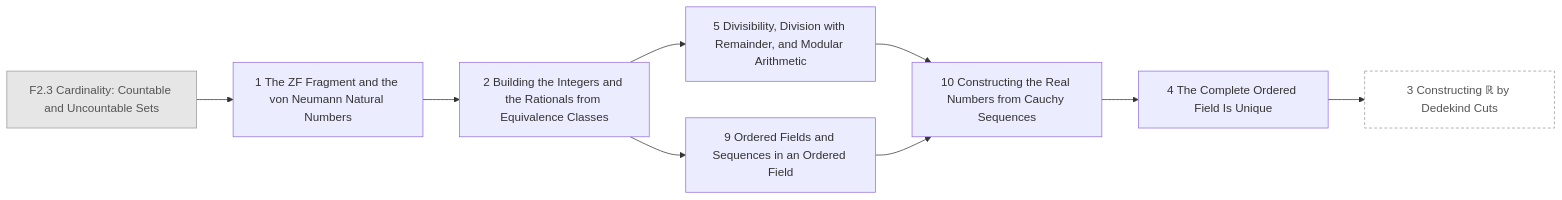
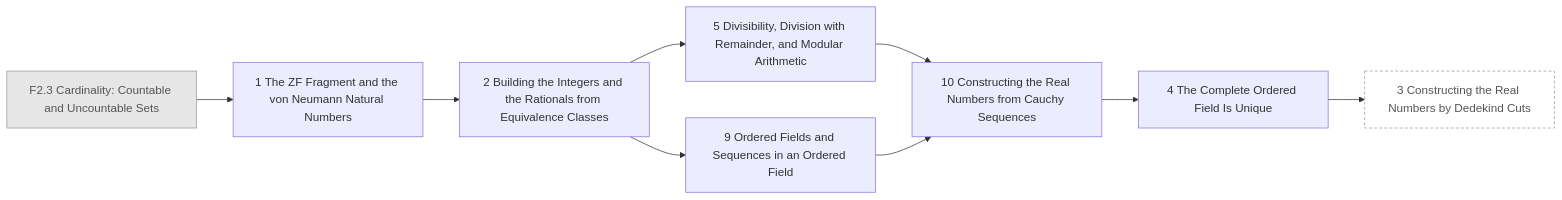
The diagram in generated/chapters/F3.mmd (AkizumiFox/math-atlas), drawn with Mermaid before and after one commit. The commit also changed 6 other files, not shown here.

Commit message:
F3.3 depends on F3.10, F3.4, F3.9 and F3.2 as delivered (F3.2's ℚ throughout §01–§04; F3.9's ι_F, density and limits in §05–§06); title matches the drafted chapter: Constructing the Real Numbers by Dedekind Cuts

```diff
--- a/generated/chapters/F3.mmd
+++ b/generated/chapters/F3.mmd
@@ -1,20 +1,20 @@
 flowchart LR
   F2_3["F2.3 Cardinality: Countable and Uncountable Sets"]:::ext
   F3_1["1 The ZF Fragment and the von Neumann Natural Numbers"]
   F3_2["2 Building the Integers and the Rationals from Equivalence Classes"]
   F3_5["5 Divisibility, Division with Remainder, and Modular Arithmetic"]
   F3_9["9 Ordered Fields and Sequences in an Ordered Field"]
   F3_10["10 Constructing the Real Numbers from Cauchy Sequences"]
   F3_4["4 The Complete Ordered Field Is Unique"]
-  F3_3["3 Constructing ℝ by Dedekind Cuts"]:::opt
+  F3_3["3 Constructing the Real Numbers by Dedekind Cuts"]:::opt
   F2_3 --> F3_1
   F3_1 --> F3_2
   F3_2 --> F3_5
   F3_2 --> F3_9
   F3_5 --> F3_10
   F3_9 --> F3_10
   F3_10 --> F3_4
   F3_4 --> F3_3
   classDef ext fill:#e6e6e6,stroke:#999,color:#555
   classDef opt fill:#fff,stroke:#999,stroke-dasharray:4 3,color:#555
   classDef segb fill:#f6f6fb,stroke:#99a,color:#333
```
